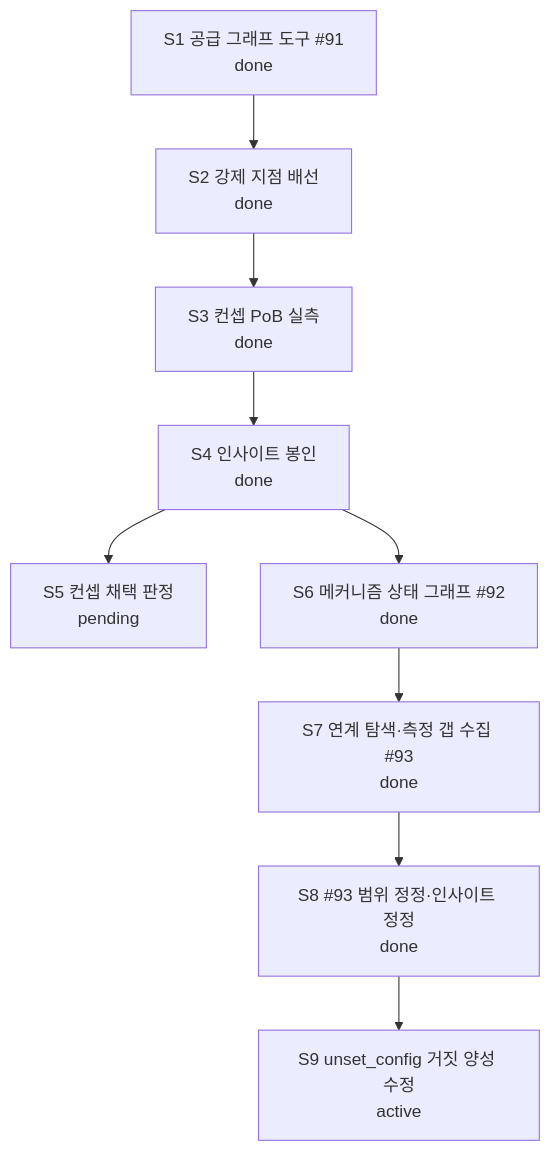
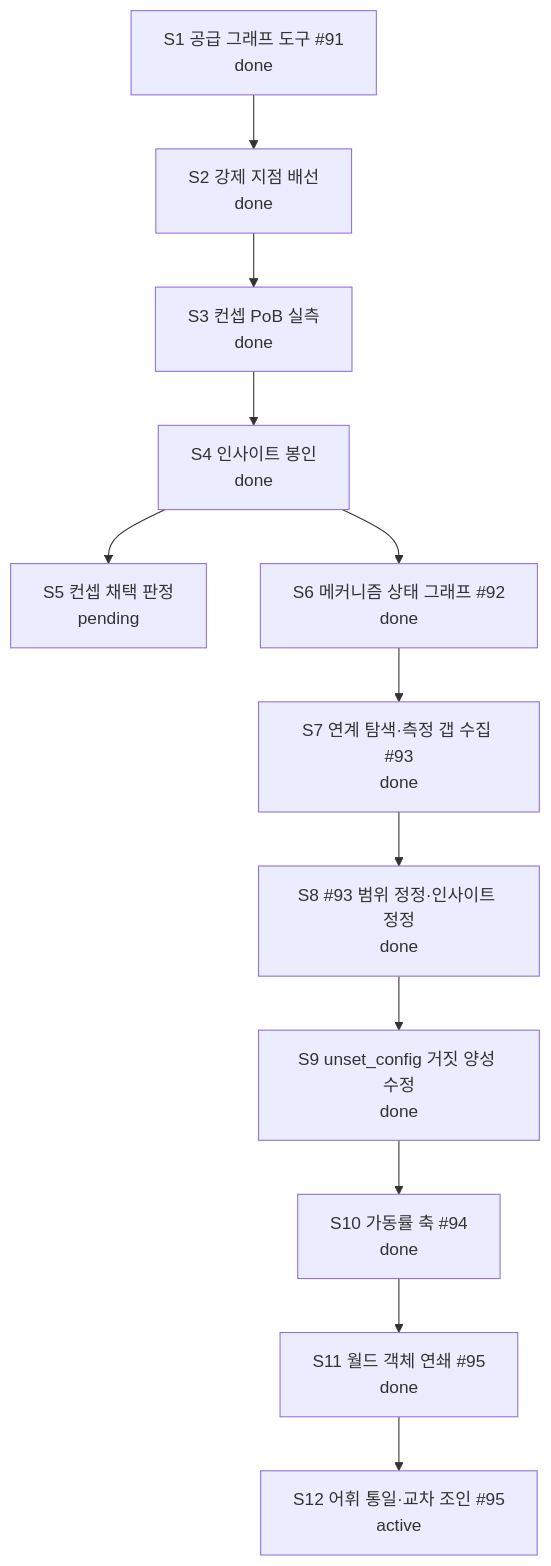
The diagram in docs/CURRENT-PLAN.md (skerfolg/poe2-ai-wiki), drawn with Mermaid before and after one commit. The commit also changed other lines of this file and 13 other files, not shown here.

````diff
--- a/docs/CURRENT-PLAN.md
+++ b/docs/CURRENT-PLAN.md
@@ -22,14 +22,17 @@
 ```mermaid
 flowchart TD
   TOOL["S1 공급 그래프 도구 #91<br/>done"]
   WIRE["S2 강제 지점 배선<br/>done"]
   MEASURE["S3 컨셉 PoB 실측<br/>done"]
   SEAL["S4 인사이트 봉인<br/>done"]
   VERDICT["S5 컨셉 채택 판정<br/>pending"]
   MECH["S6 메커니즘 상태 그래프 #92<br/>done"]
   GAPS["S7 연계 탐색·측정 갭 수집 #93<br/>done"]
   FIX["S8 #93 범위 정정·인사이트 정정<br/>done"]
-  ROOT["S9 unset_config 거짓 양성 수정<br/>active"]
+  ROOT["S9 unset_config 거짓 양성 수정<br/>done"]
+  UP["S10 가동률 축 #94<br/>done"]
+  OBJ["S11 월드 객체 연쇄 #95<br/>done"]
+  XW["S12 어휘 통일·교차 조인 #95<br/>active"]
   TOOL --> WIRE --> MEASURE --> SEAL --> VERDICT
-  SEAL --> MECH --> GAPS --> FIX --> ROOT
+  SEAL --> MECH --> GAPS --> FIX --> ROOT --> UP --> OBJ --> XW
 ```
````
